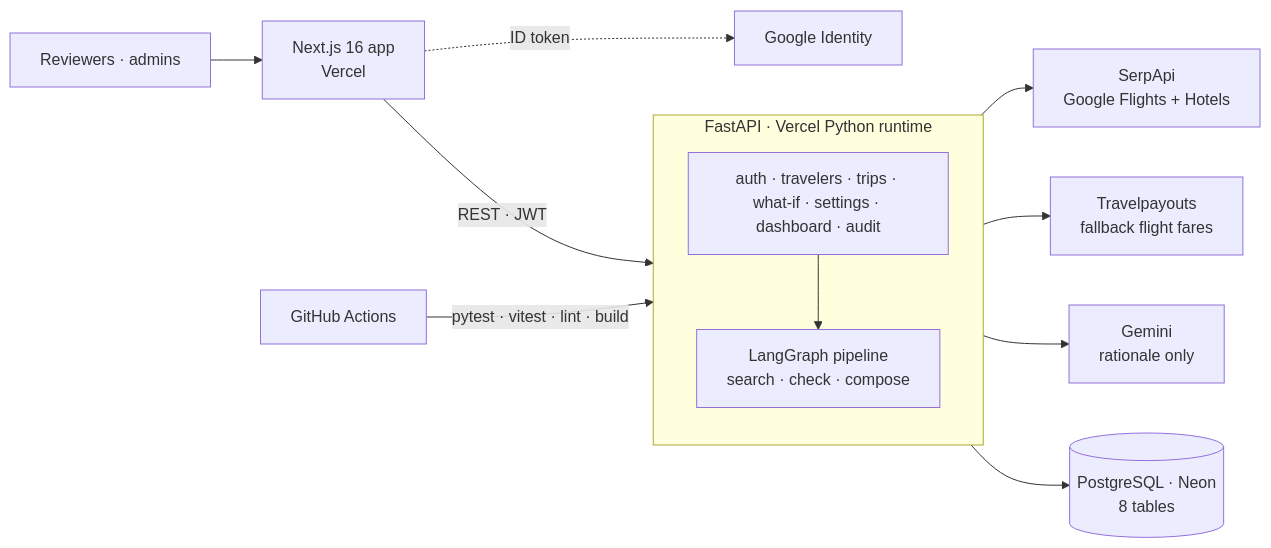
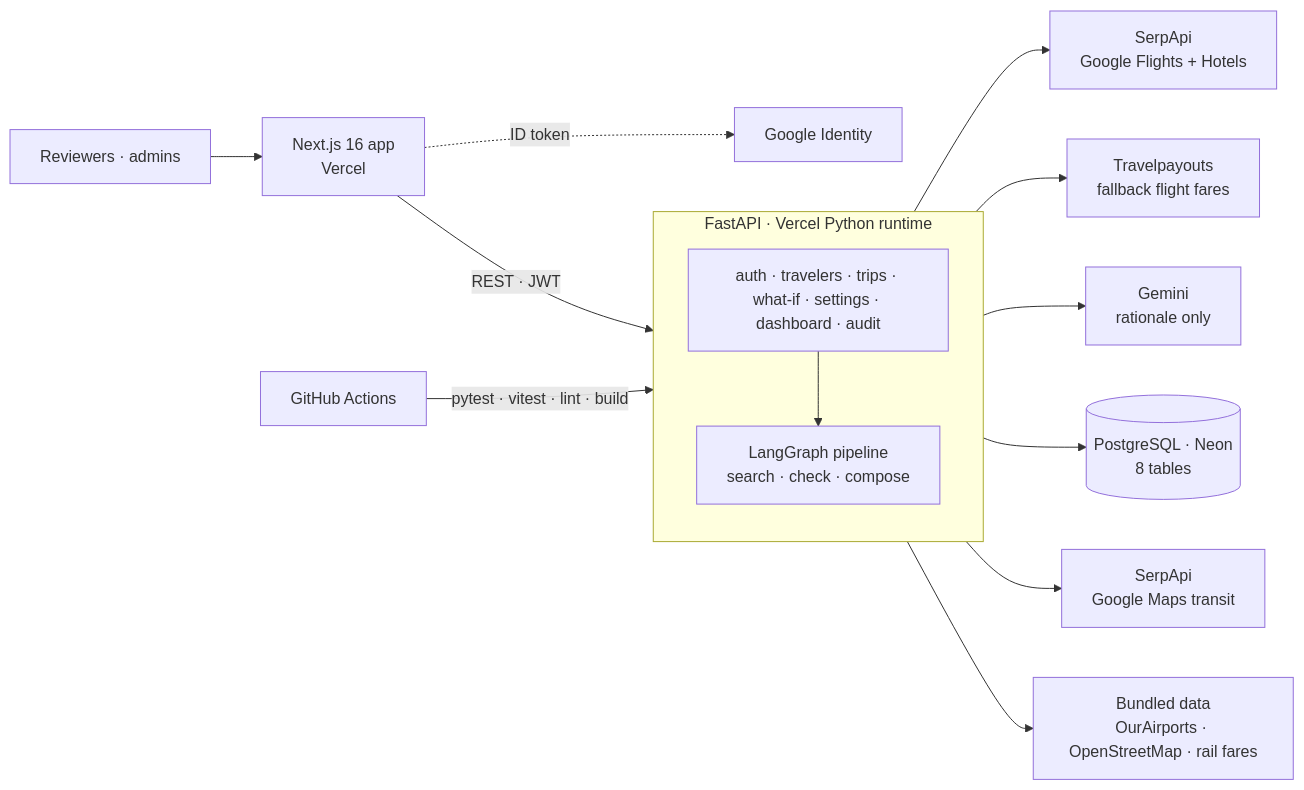
Before and after one commit to bhuvan-somisetty/AI-Trip-Optimizer: the second of 2 diagrams in README.md, drawn with Mermaid. The commit also changed other lines of this file, not shown here.

````diff
--- a/README.md
+++ b/README.md
@@ -173,15 +183,17 @@
 ```mermaid
 flowchart LR
     U[Reviewers · admins] --> FE[Next.js 16 app<br/>Vercel]
     FE -- "REST · JWT" --> API
     FE -. "ID token" .-> GI[Google Identity]
     subgraph API["FastAPI · Vercel Python runtime"]
         direction TB
         AU[auth · travelers · trips · what-if · settings · dashboard · audit] --> PL[LangGraph pipeline<br/>search · check · compose]
     end
     API --> PG[(PostgreSQL · Neon<br/>8 tables)]
     PL --> SA[SerpApi<br/>Google Flights + Hotels]
     PL --> TP[Travelpayouts<br/>fallback flight fares]
+    API --> GT[SerpApi<br/>Google Maps transit]
+    API --> DS[Bundled data<br/>OurAirports · OpenStreetMap · rail fares]
     PL --> GM[Gemini<br/>rationale only]
     GH[GitHub Actions] -- "pytest · vitest · lint · build" --> API
 ```
````
